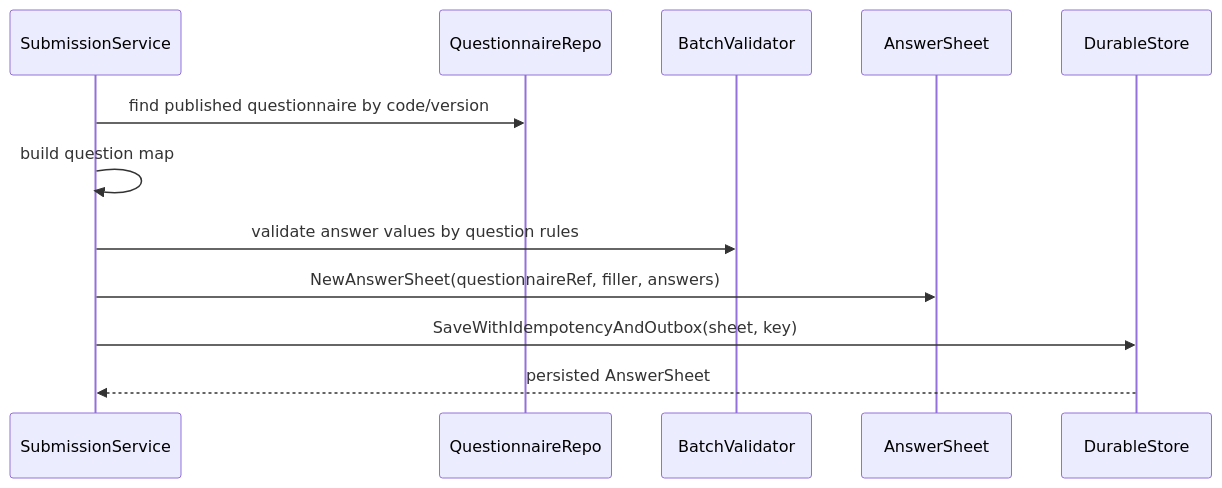
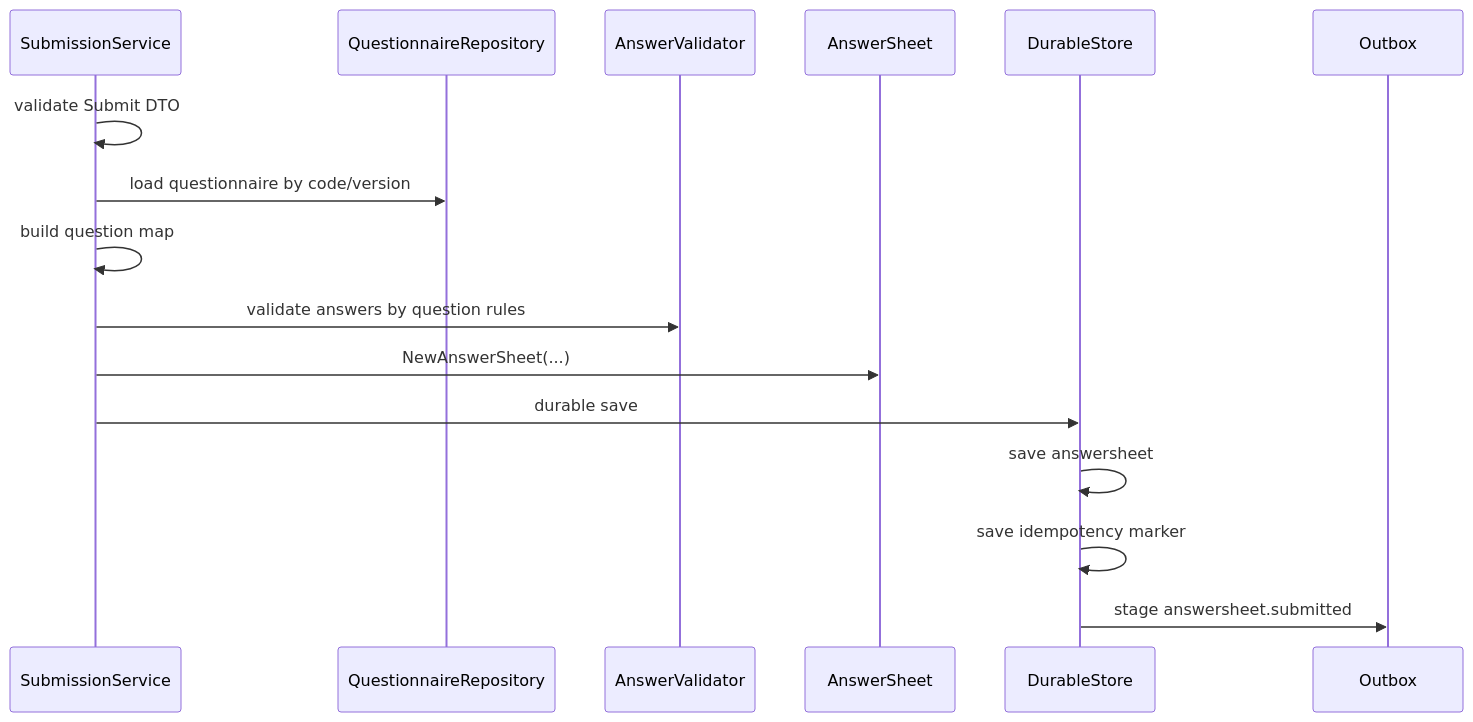
Before and after one commit to FangcunMount/qs-server: the third of 4 diagrams in docs/02-业务模块/survey/00-整体模型.md, drawn with Mermaid. The commit also changed other lines of this file and 7 other files, not shown here.

````diff
--- a/docs/02-业务模块/survey/00-整体模型.md
+++ b/docs/02-业务模块/survey/00-整体模型.md
@@ -100,14 +253,19 @@
 ```mermaid
 sequenceDiagram
-    participant API as SubmissionService
-    participant QRepo as QuestionnaireRepo
-    participant Validator as BatchValidator
-    participant Sheet as AnswerSheet
+    participant App as SubmissionService
+    participant QRepo as QuestionnaireRepository
+    participant Rule as AnswerValidator
+    participant Domain as AnswerSheet
     participant Store as DurableStore
-    API->>QRepo: find published questionnaire by code/version
-    API->>API: build question map
-    API->>Validator: validate answer values by question rules
-    API->>Sheet: NewAnswerSheet(questionnaireRef, filler, answers)
-    API->>Store: SaveWithIdempotencyAndOutbox(sheet, key)
-    Store-->>API: persisted AnswerSheet
+    participant Outbox as Outbox
+
+    App->>App: validate Submit DTO
+    App->>QRepo: load questionnaire by code/version
+    App->>App: build question map
+    App->>Rule: validate answers by question rules
+    App->>Domain: NewAnswerSheet(...)
+    App->>Store: durable save
+    Store->>Store: save answersheet
+    Store->>Store: save idempotency marker
+    Store->>Outbox: stage answersheet.submitted
 ```
````
